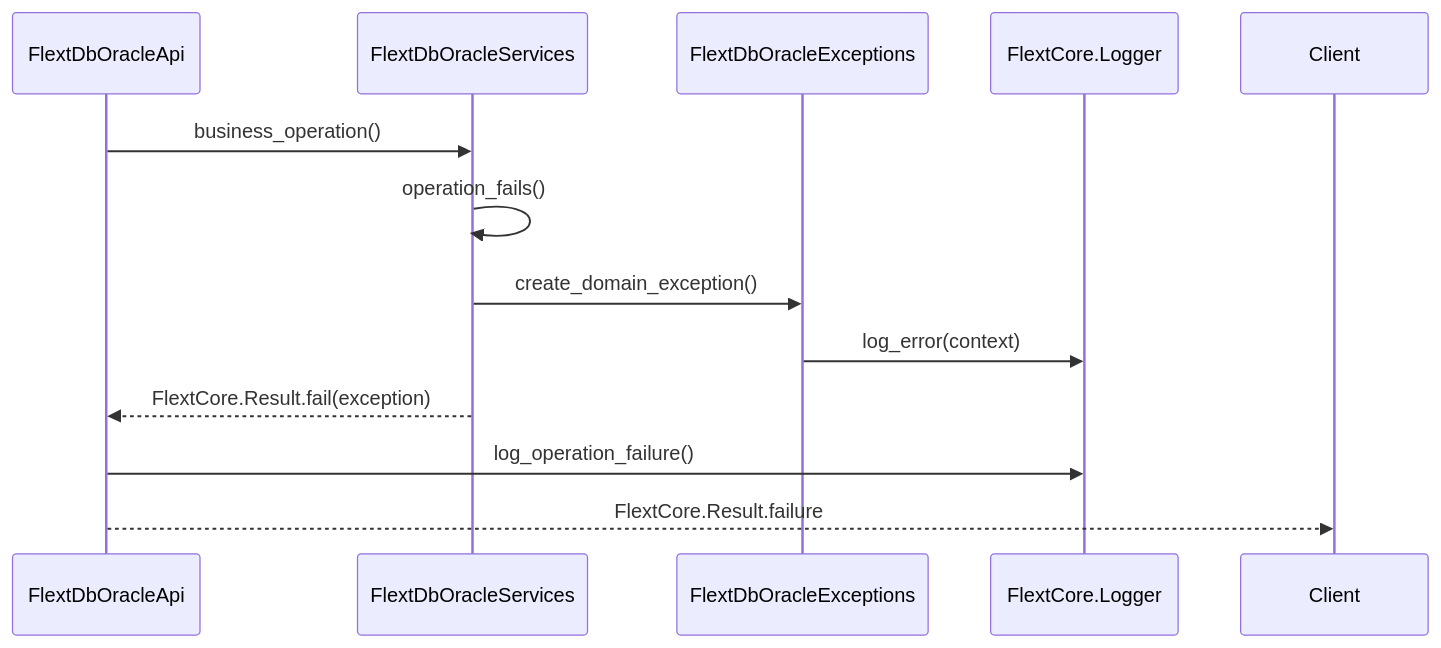
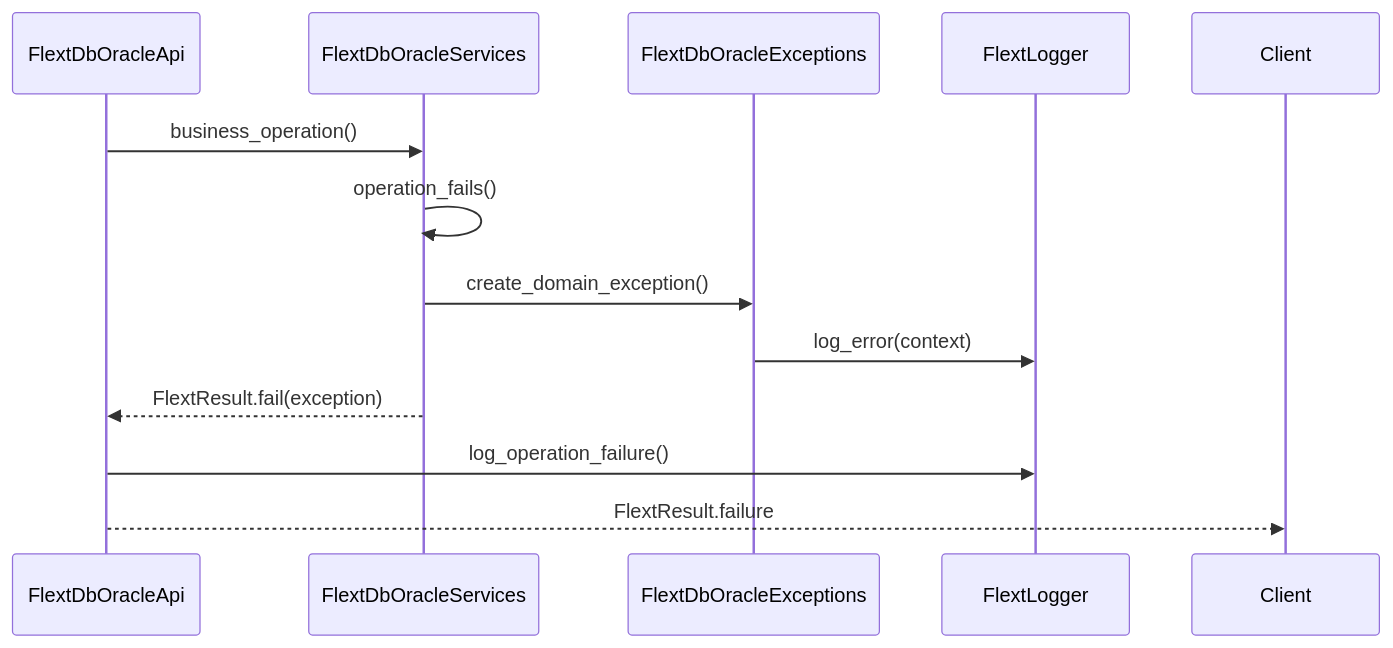
The third of 4 diagrams in docs/c4-components.md (flext-sh/flext-db-oracle), drawn with Mermaid before and after one commit. The commit also changed other lines of this file and 52 other files, not shown here.

````diff
--- a/docs/c4-components.md
+++ b/docs/c4-components.md
@@ -334,15 +334,15 @@
 ```mermaid
 sequenceDiagram
     participant API as FlextDbOracleApi
     participant Services as FlextDbOracleServices
     participant Exceptions as FlextDbOracleExceptions
-    participant Logger as FlextCore.Logger
+    participant Logger as FlextLogger
 
     API->>Services: business_operation()
     Services->>Services: operation_fails()
     Services->>Exceptions: create_domain_exception()
     Exceptions->>Logger: log_error(context)
-    Services-->>API: FlextCore.Result.fail(exception)
+    Services-->>API: FlextResult.fail(exception)
     API->>Logger: log_operation_failure()
-    API-->>Client: FlextCore.Result.failure
+    API-->>Client: FlextResult.failure
 ```
````
